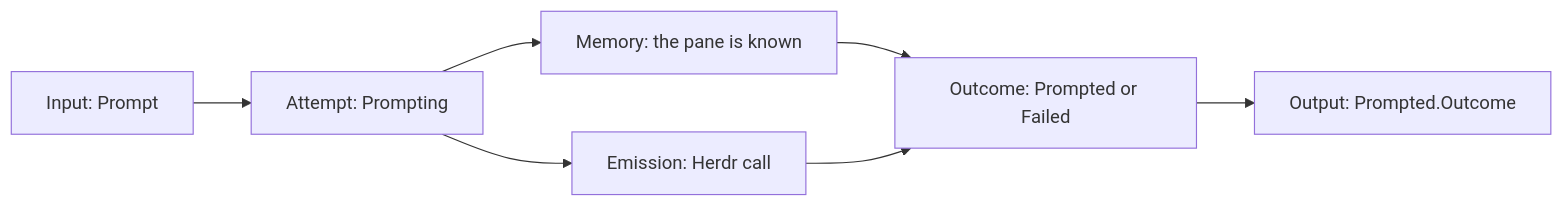
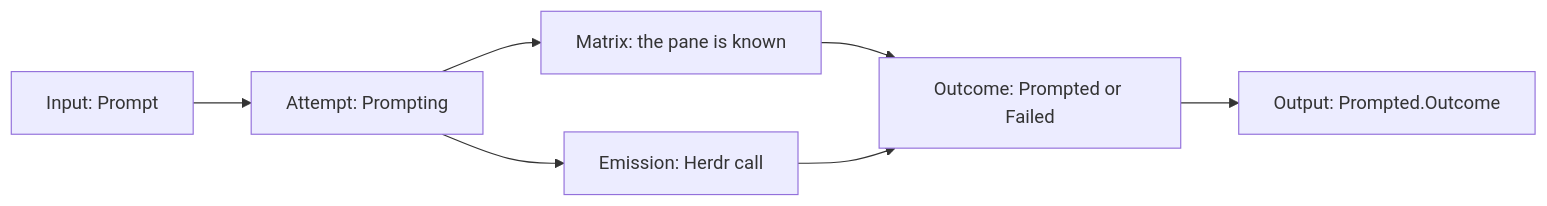
The second of 13 diagrams in vision/nexus/1.md (LiGoldragon/psyche-belief), drawn with Mermaid before and after one commit. The commit also changed other lines of this file and 17 other files, not shown here.

Commit message:
Rename Flow Nexus version 1 to the Loom, Memory to Matrix, on his word

````diff
--- a/vision/nexus/1.md
+++ b/vision/nexus/1.md
@@ -25,9 +25,9 @@
 ```mermaid
 flowchart LR
     i["Input: Prompt"] --> a["Attempt: Prompting"]
-    a --> m["Memory: the pane is known"]
+    a --> m["Matrix: the pane is known"]
     a --> e["Emission: Herdr call"]
     m --> r["Outcome: Prompted or Failed"]
     e --> r
     r --> o["Output: Prompted.Outcome"]
 ```
````
